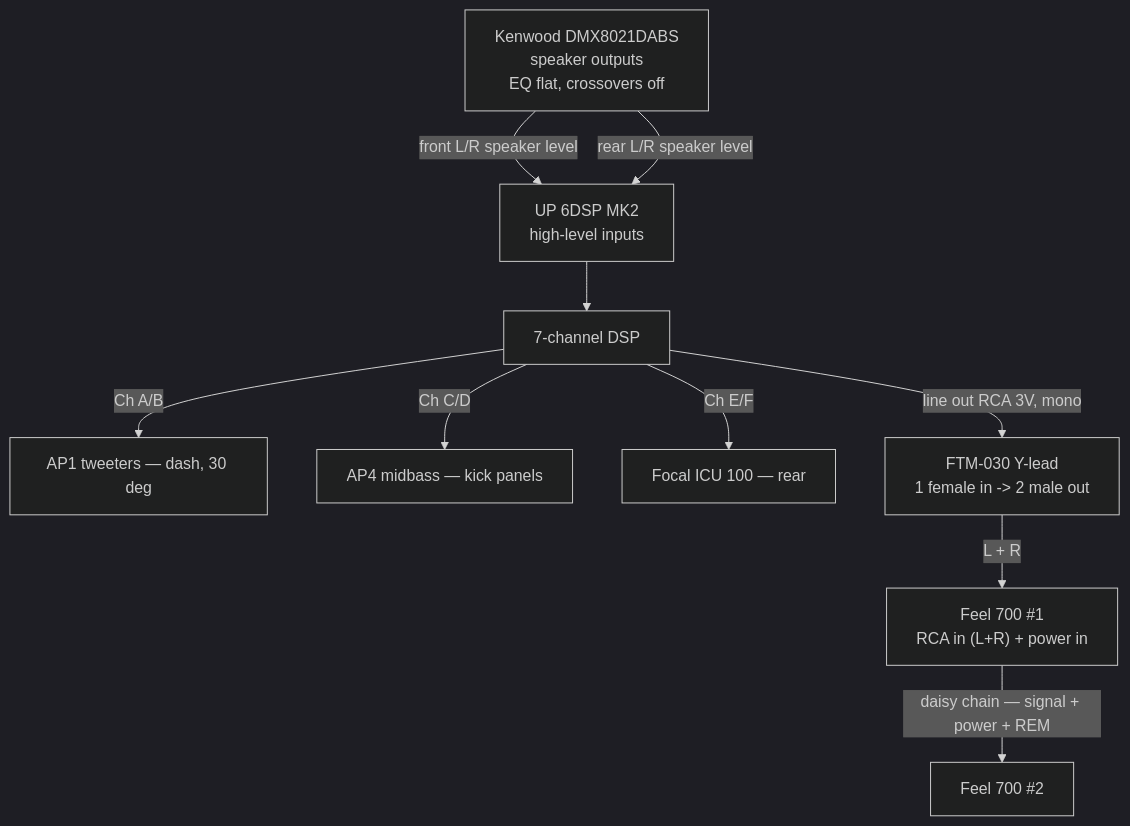
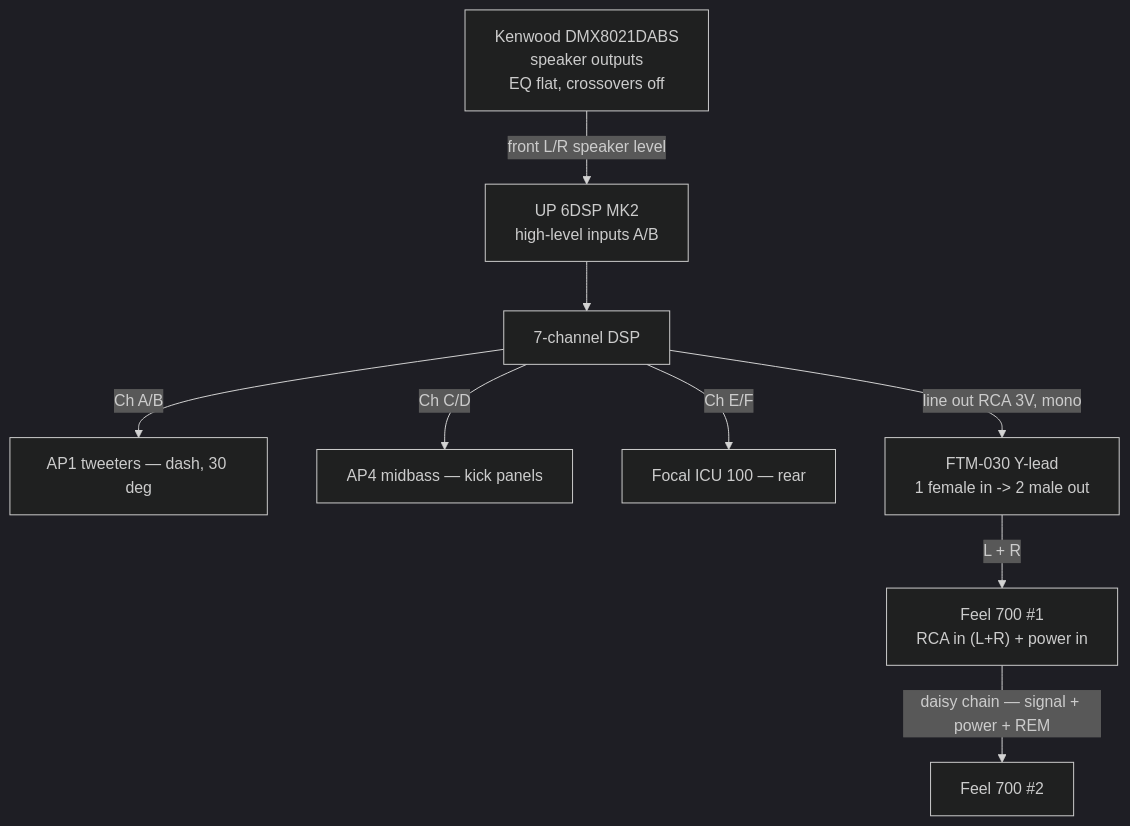
Before and after one commit to badsyntax/jimny-sound: the first of 3 diagrams in AUDIO-UPGRADE.md, drawn with Mermaid (dark theme). The commit also changed other lines of this file, not shown here.

First line of the commit message:
Fix Signal Path diagram: front L/R only, not front+rear

````diff
--- a/AUDIO-UPGRADE.md
+++ b/AUDIO-UPGRADE.md
@@ -72,13 +72,12 @@
 ```mermaid
 flowchart TD
     HU["Kenwood DMX8021DABS<br/>speaker outputs<br/>EQ flat, crossovers off"]
-    HU -->|"front L/R speaker level"| HLIN["UP 6DSP MK2<br/>high-level inputs"]
-    HU -->|"rear L/R speaker level"| HLIN
+    HU -->|"front L/R speaker level"| HLIN["UP 6DSP MK2<br/>high-level inputs A/B"]
     HLIN --> DSP["7-channel DSP"]
     DSP -->|"Ch A/B"| TW["AP1 tweeters — dash, 30 deg"]
     DSP -->|"Ch C/D"| MID["AP4 midbass — kick panels"]
     DSP -->|"Ch E/F"| REAR["Focal ICU 100 — rear"]
     DSP -->|"line out RCA 3V, mono"| YLEAD["FTM-030 Y-lead<br/>1 female in -> 2 male out"]
     YLEAD -->|"L + R"| SUB1["Feel 700 #1<br/>RCA in (L+R) + power in"]
     SUB1 -->|"daisy chain — signal + power + REM"| SUB2["Feel 700 #2"]
 ```
````
